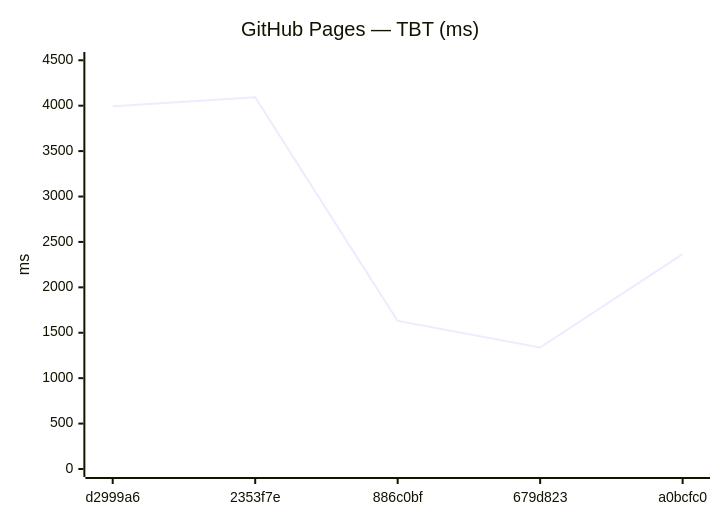
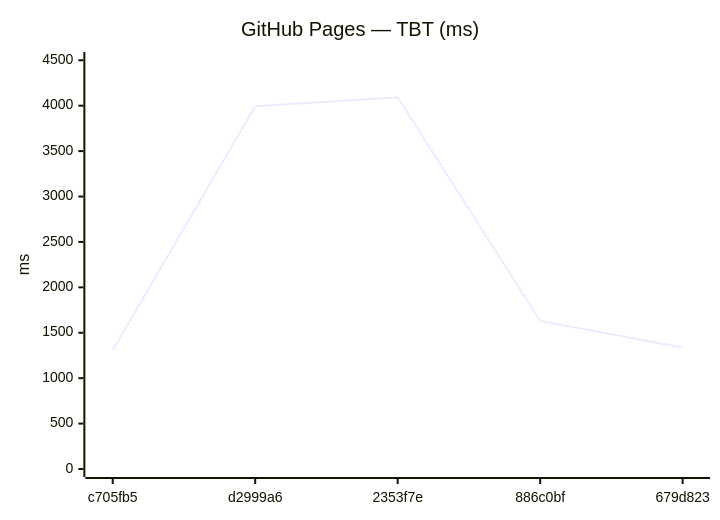
Before and after one commit to Metaheurist/Rianell: the eighth of 12 diagrams in benchmarks/compare.md, drawn with Mermaid. The commit also changed other lines of this file and 8 other files, not shown here.

````diff
--- a/benchmarks/compare.md
+++ b/benchmarks/compare.md
@@ -114,7 +114,7 @@
 ```mermaid
 xychart-beta
     title "GitHub Pages — TBT (ms)"
-    x-axis ["d2999a6", "2353f7e", "886c0bf", "679d823", "a0bcfc0"]
+    x-axis ["c705fb5", "d2999a6", "2353f7e", "886c0bf", "679d823"]
     y-axis "ms" 0 --> 4503
-    line [3994, 4093, 1630, 1338, 2366]
+    line [1307, 3994, 4093, 1630, 1338]
 ```
````
